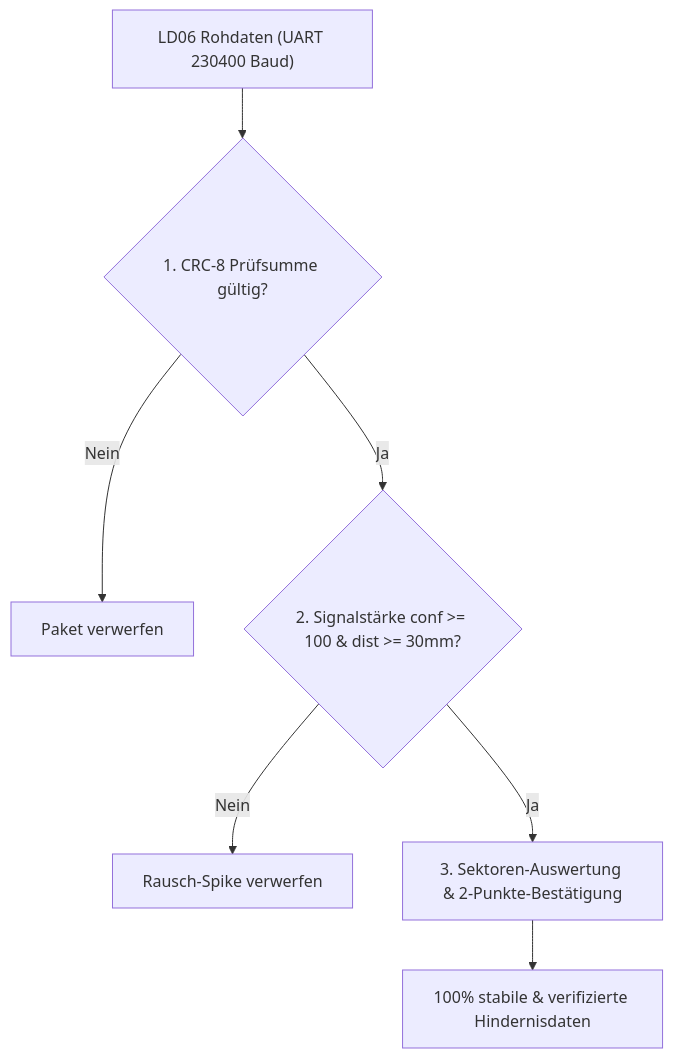
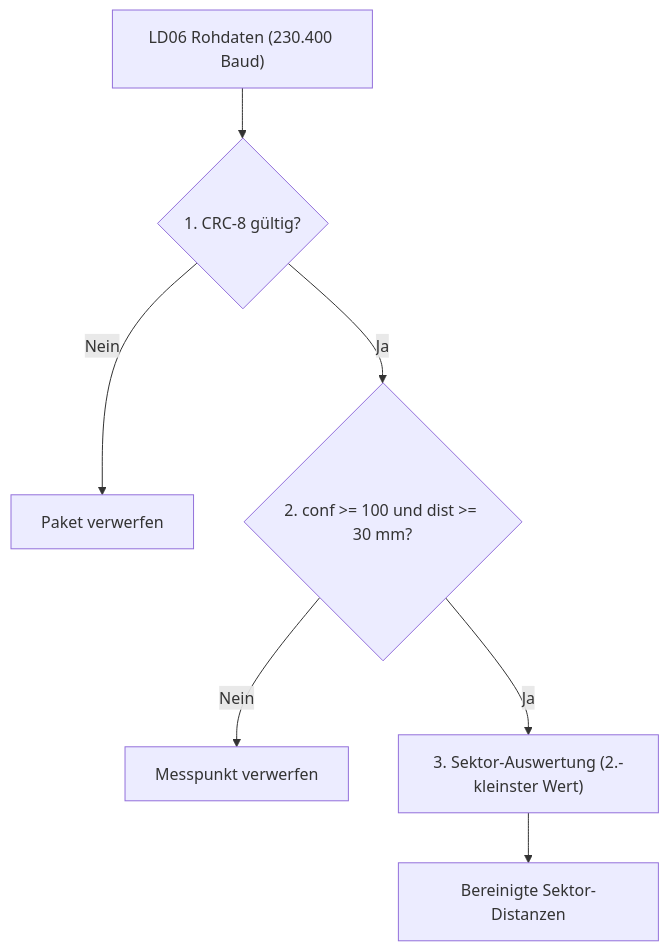
Before and after one commit to Zwergnase94/FT-txt-4.0-ld06-lidar: the diagram in docs/TXT40_INTEGRATION_AND_INSIGHTS.md, drawn with Mermaid. The commit also changed other lines of this file and 3 other files, not shown here.

````diff
--- a/docs/TXT40_INTEGRATION_AND_INSIGHTS.md
+++ b/docs/TXT40_INTEGRATION_AND_INSIGHTS.md
@@ -101,9 +88,9 @@
 ```mermaid
 flowchart TD
-    Raw["LD06 Rohdaten (UART 230400 Baud)"] --> CRC{"1. CRC-8 Prüfsumme gültig?"}
+    Raw["LD06 Rohdaten (230.400 Baud)"] --> CRC{"1. CRC-8 gültig?"}
     CRC -- Nein --> Drop["Paket verwerfen"]
-    CRC -- Ja --> Conf{"2. Signalstärke conf >= 100 & dist >= 30mm?"}
-    Conf -- Nein --> Noise["Rausch-Spike verwerfen"]
-    Conf -- Ja --> Sorter["3. Sektoren-Auswertung & 2-Punkte-Bestätigung"]
-    Sorter --> Valid["100% stabile & verifizierte Hindernisdaten"]
+    CRC -- Ja --> Conf{"2. conf >= 100 und dist >= 30 mm?"}
+    Conf -- Nein --> Noise["Messpunkt verwerfen"]
+    Conf -- Ja --> Sorter["3. Sektor-Auswertung (2.-kleinster Wert)"]
+    Sorter --> Valid["Bereinigte Sektor-Distanzen"]
 ```
````
